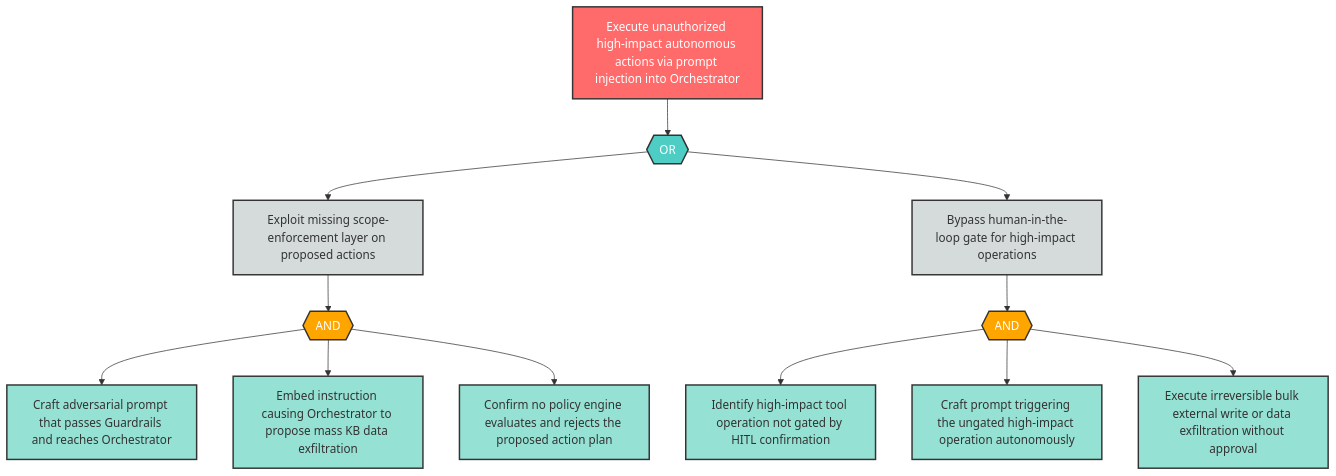
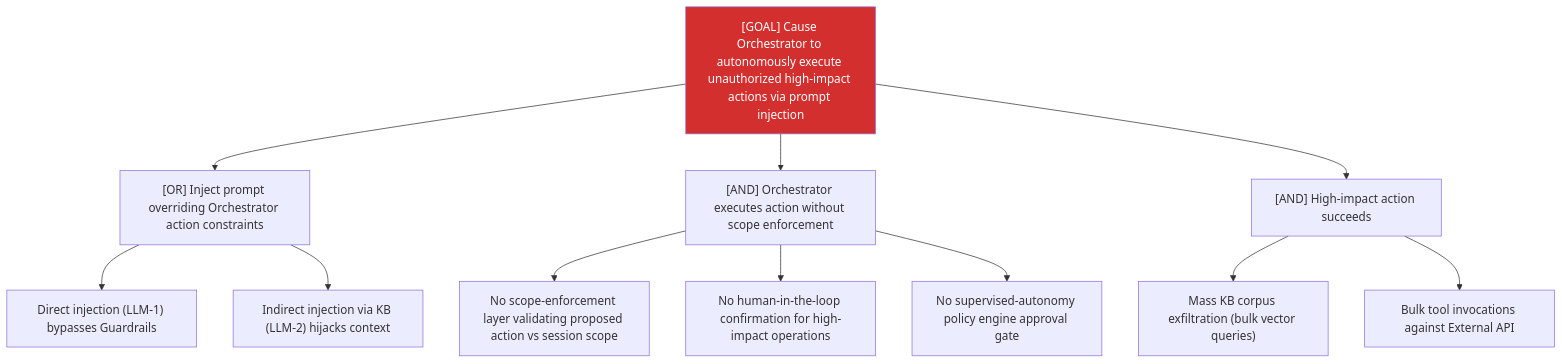
Before and after one commit to q-qp-p/davidmatousek-tachi: the diagram in examples/agentic-app/sample-report/attack-trees/ag-1-attack-tree.md, drawn with Mermaid. The commit also changed other lines of this file and 132 other files, not shown here.

````diff
--- a/examples/agentic-app/sample-report/attack-trees/ag-1-attack-tree.md
+++ b/examples/agentic-app/sample-report/attack-trees/ag-1-attack-tree.md
@@ -8,39 +7,16 @@
 ```mermaid
-flowchart TD
-    AG1_root["Execute unauthorized high-impact autonomous actions via prompt injection into Orchestrator"]
-    AG1_or1{{"OR"}}
-    AG1_sub1["Exploit missing scope-enforcement layer on proposed actions"]
-    AG1_sub2["Bypass human-in-the-loop gate for high-impact operations"]
-    AG1_and1{{"AND"}}
-    AG1_leaf1["Craft adversarial prompt that passes Guardrails and reaches Orchestrator"]
-    AG1_leaf2["Embed instruction causing Orchestrator to propose mass KB data exfiltration"]
-    AG1_leaf3["Confirm no policy engine evaluates and rejects the proposed action plan"]
-    AG1_and2{{"AND"}}
-    AG1_leaf4["Identify high-impact tool operation not gated by HITL confirmation"]
-    AG1_leaf5["Craft prompt triggering the ungated high-impact operation autonomously"]
-    AG1_leaf6["Execute irreversible bulk external write or data exfiltration without approval"]
-
-    AG1_root --> AG1_or1
-    AG1_or1 --> AG1_sub1
-    AG1_or1 --> AG1_sub2
-    AG1_sub1 --> AG1_and1
-    AG1_and1 --> AG1_leaf1
-    AG1_and1 --> AG1_leaf2
-    AG1_and1 --> AG1_leaf3
-    AG1_sub2 --> AG1_and2
-    AG1_and2 --> AG1_leaf4
-    AG1_and2 --> AG1_leaf5
-    AG1_and2 --> AG1_leaf6
-
-    classDef goal fill:#ff6b6b,stroke:#333,stroke-width:2px,color:#fff
-    classDef andGate fill:#ffa500,stroke:#333,stroke-width:2px,color:#fff
-    classDef orGate fill:#4ecdc4,stroke:#333,stroke-width:2px,color:#fff
-    classDef subGoal fill:#d5dbdb,stroke:#333,stroke-width:2px,color:#333
-    classDef leaf fill:#95e1d3,stroke:#333,stroke-width:2px,color:#333
-
-    class AG1_root goal
-    class AG1_or1 orGate
-    class AG1_and1,AG1_and2 andGate
-    class AG1_sub1,AG1_sub2 subGoal
-    class AG1_leaf1,AG1_leaf2,AG1_leaf3,AG1_leaf4,AG1_leaf5,AG1_leaf6 leaf
+graph TD
+    Goal["[GOAL] Cause Orchestrator to autonomously execute unauthorized high-impact actions via prompt injection"]
+    Goal --> A["[OR] Inject prompt overriding Orchestrator action constraints"]
+    A --> A1["Direct injection (LLM-1) bypasses Guardrails"]
+    A --> A2["Indirect injection via KB (LLM-2) hijacks context"]
+    Goal --> B["[AND] Orchestrator executes action without scope enforcement"]
+    B --> B1["No scope-enforcement layer validating proposed action vs session scope"]
+    B --> B2["No human-in-the-loop confirmation for high-impact operations"]
+    B --> B3["No supervised-autonomy policy engine approval gate"]
+    Goal --> C["[AND] High-impact action succeeds"]
+    C --> C1["Mass KB corpus exfiltration (bulk vector queries)"]
+    C --> C2["Bulk tool invocations against External API"]
+    classDef critical fill:#d32f2f,color:#fff
+    class Goal critical
 ```
````
